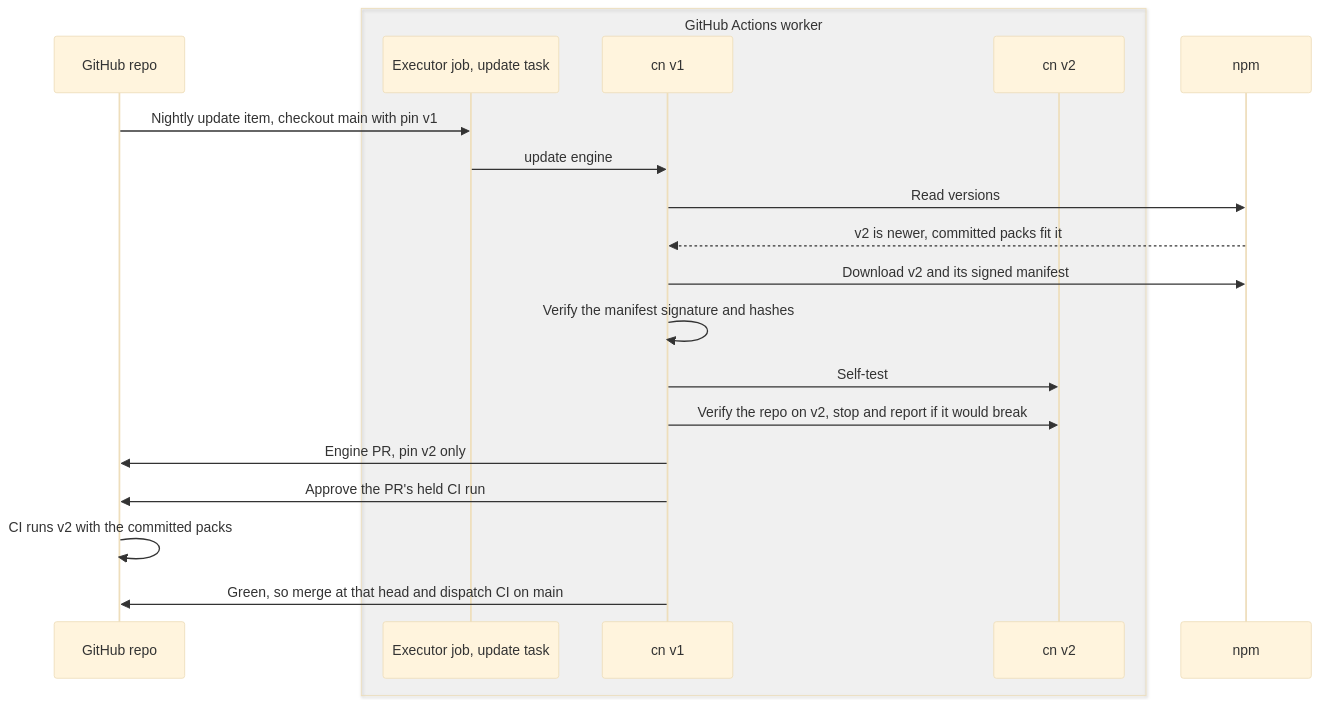
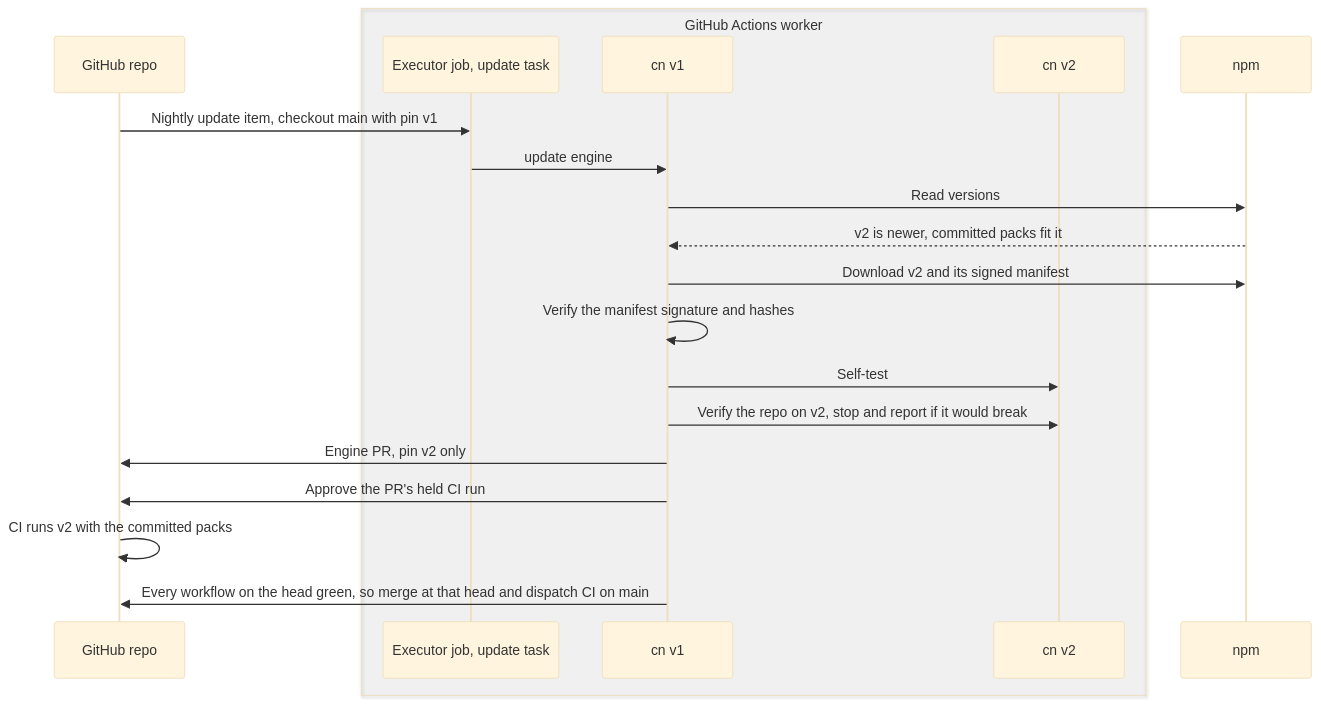
Before and after one commit to missingbulb/ClaudiniteEngine: the sixth of 8 diagrams in docs/design.md, drawn with Mermaid (base theme). The commit also changed other lines of this file and 10 other files, not shown here.

First line of the commit message:
An update PR lands only when every workflow on its head is green (#138)

````diff
--- a/docs/design.md
+++ b/docs/design.md
@@ -420,22 +420,22 @@
 ```mermaid
 sequenceDiagram
   participant GH as GitHub repo
   box rgba(128,128,128,0.08) GitHub Actions worker
     participant J as Executor job, update task
     participant B1 as cn v1
     participant B2 as cn v2
   end
   participant NPM as npm
   GH->>J: Nightly update item, checkout main with pin v1
   J->>B1: update engine
   B1->>NPM: Read versions
   NPM-->>B1: v2 is newer, committed packs fit it
   B1->>NPM: Download v2 and its signed manifest
   B1->>B1: Verify the manifest signature and hashes
   B1->>B2: Self-test
   B1->>B2: Verify the repo on v2, stop and report if it would break
   B1->>GH: Engine PR, pin v2 only
   B1->>GH: Approve the PR's held CI run
   GH->>GH: CI runs v2 with the committed packs
-  B1->>GH: Green, so merge at that head and dispatch CI on main
+  B1->>GH: Every workflow on the head green, so merge at that head and dispatch CI on main
 ```
````
